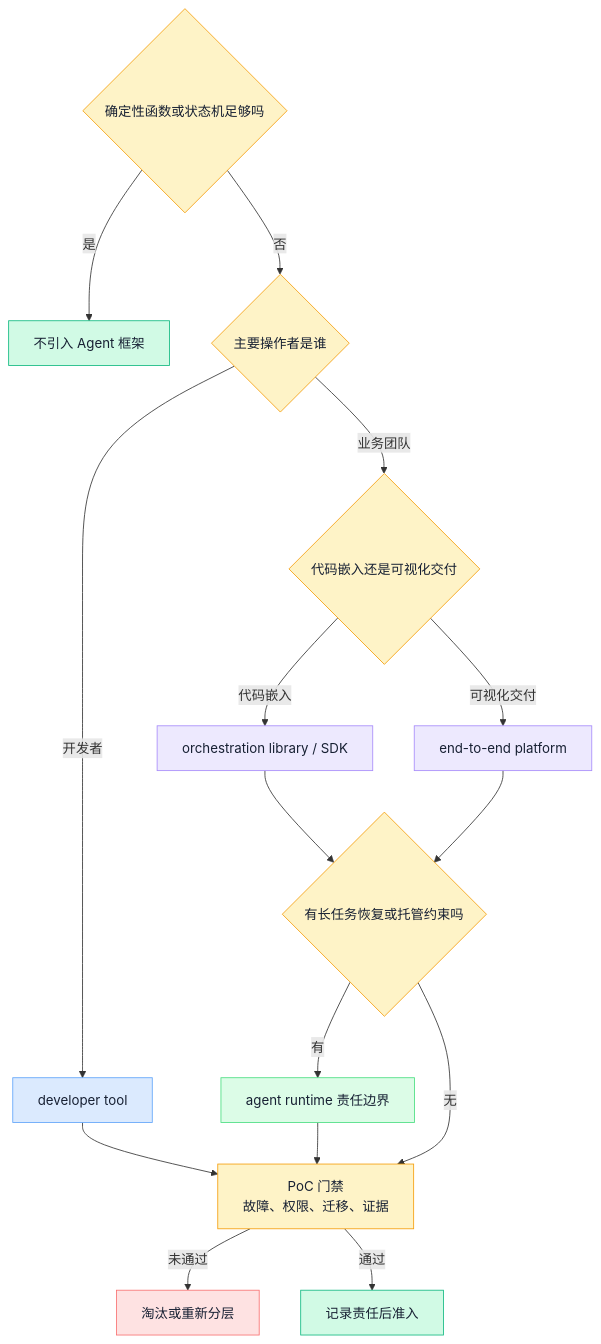
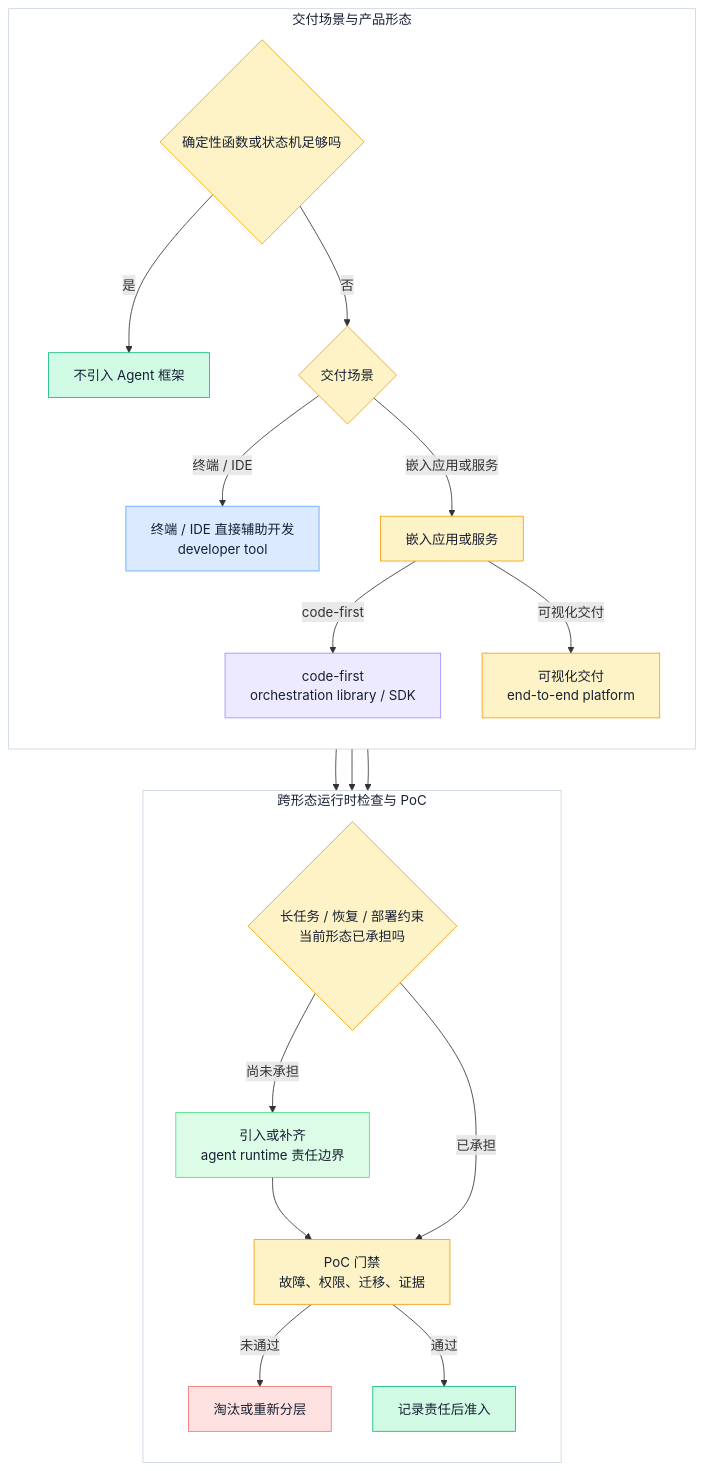
The third of 3 diagrams in backend/app/ai_notes/content/03-tools-and-frameworks/04-agent-framework-selection.md (ink-hz/AI-Agent-Platform), drawn with Mermaid before and after one commit. The commit also changed other lines of this file and 1 other file, not shown here.

Commit message:
fix(ai-notes): refine framework selection guardrails

````diff
--- a/backend/app/ai_notes/content/03-tools-and-frameworks/04-agent-framework-selection.md
+++ b/backend/app/ai_notes/content/03-tools-and-frameworks/04-agent-framework-selection.md
@@ -176,45 +176,55 @@
 ```mermaid
 flowchart TB
     accTitle: Agent 框架选型决策树
-    accDescr: 从确定性需求、主要操作者、代码或可视化交付、恢复与部署约束收窄产品形态，最后经过 PoC 门禁。
+    accDescr: 从确定性需求与交付场景收窄产品形态，再跨形态检查长任务、恢复与部署责任，最后统一经过 PoC 门禁。
 
-    Q{确定性函数或状态机足够吗}
-    F[不引入 Agent 框架]
-    O{主要操作者是谁}
-    D[developer tool]
-    C{代码嵌入还是可视化交付}
-    L[orchestration library / SDK]
-    P[end-to-end platform]
-    R{有长任务恢复或托管约束吗}
-    T[agent runtime 责任边界]
-    G[PoC 门禁<br/>故障、权限、迁移、证据]
-    X[淘汰或重新分层]
-    A[记录责任后准入]
+    subgraph DELIVERY["交付场景与产品形态"]
+        direction TB
+        Q{确定性函数或状态机足够吗}
+        F[不引入 Agent 框架]
+        S{交付场景}
+        D[终端 / IDE 直接辅助开发<br/>developer tool]
+        C[嵌入应用或服务]
+        L[code-first<br/>orchestration library / SDK]
+        P[可视化交付<br/>end-to-end platform]
+    end
+    subgraph GATES["跨形态运行时检查与 PoC"]
+        direction TB
+        R{长任务 / 恢复 / 部署约束<br/>当前形态已承担吗}
+        T[引入或补齐<br/>agent runtime 责任边界]
+        G[PoC 门禁<br/>故障、权限、迁移、证据]
+        X[淘汰或重新分层]
+        A[记录责任后准入]
+    end
 
     Q -->|是| F
-    Q -->|否| O
-    O -->|开发者| D
-    O -->|业务团队| C
-    C -->|代码嵌入| L
+    Q -->|否| S
+    S -->|终端 / IDE| D
+    S -->|嵌入应用或服务| C
+    C -->|code-first| L
     C -->|可视化交付| P
-    D --> G
+    D --> R
     L --> R
     P --> R
-    R -->|有| T --> G
-    R -->|无| G
+    R -->|尚未承担| T --> G
+    R -->|已承担| G
     G -->|未通过| X
     G -->|通过| A
 
     classDef decision fill:#FEF3C7,stroke:#F59E0B,color:#172033;
     classDef tool fill:#DBEAFE,stroke:#60A5FA,color:#172033;
     classDef library fill:#EDE9FE,stroke:#A78BFA,color:#172033;
+    classDef platform fill:#FEF3C7,stroke:#F59E0B,color:#172033;
     classDef runtime fill:#DCFCE7,stroke:#4ADE80,color:#172033;
     classDef risk fill:#FEE2E2,stroke:#F87171,color:#172033;
     classDef success fill:#D1FAE5,stroke:#10B981,color:#172033;
-    class Q,O,C,R,G decision;
+    class Q,S,C,R,G decision;
     class D tool;
-    class L,P library;
+    class L library;
+    class P platform;
     class T runtime;
     class X risk;
     class F,A success;
+    style DELIVERY fill:#FFFFFF,stroke:#CBD5E1,color:#172033;
+    style GATES fill:#FFFFFF,stroke:#CBD5E1,color:#172033;
 ```
````
